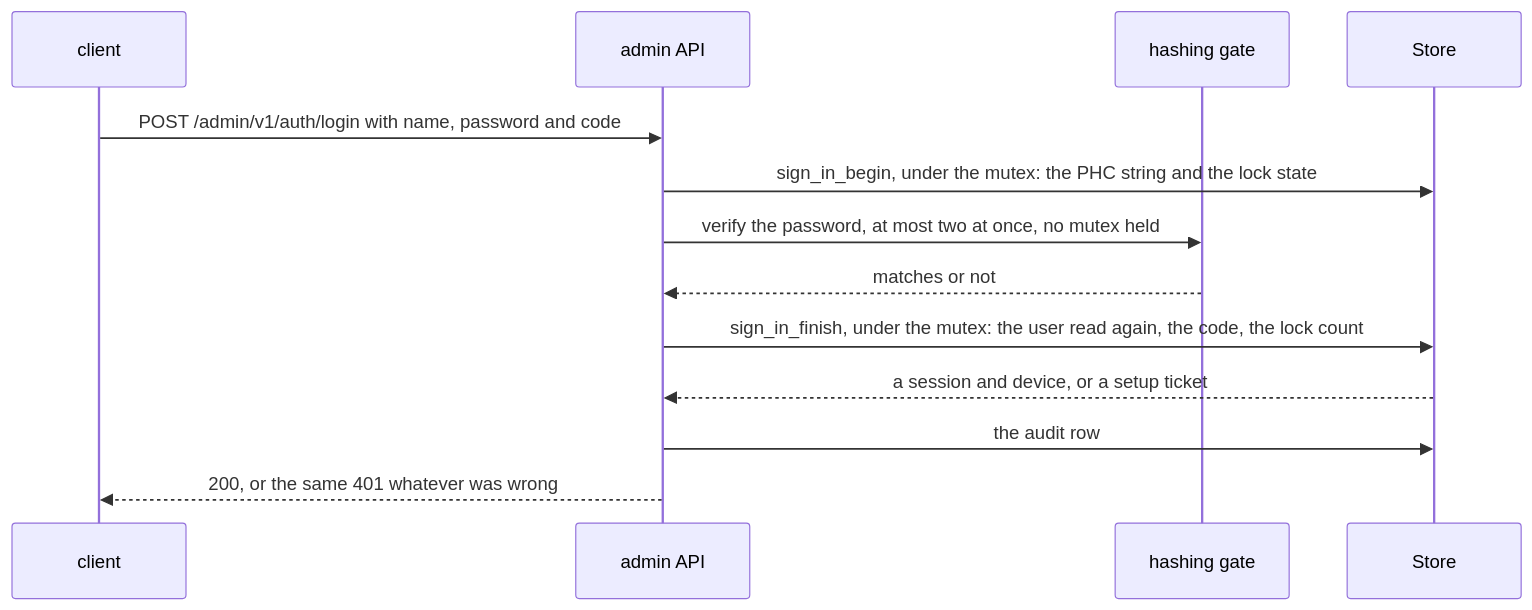
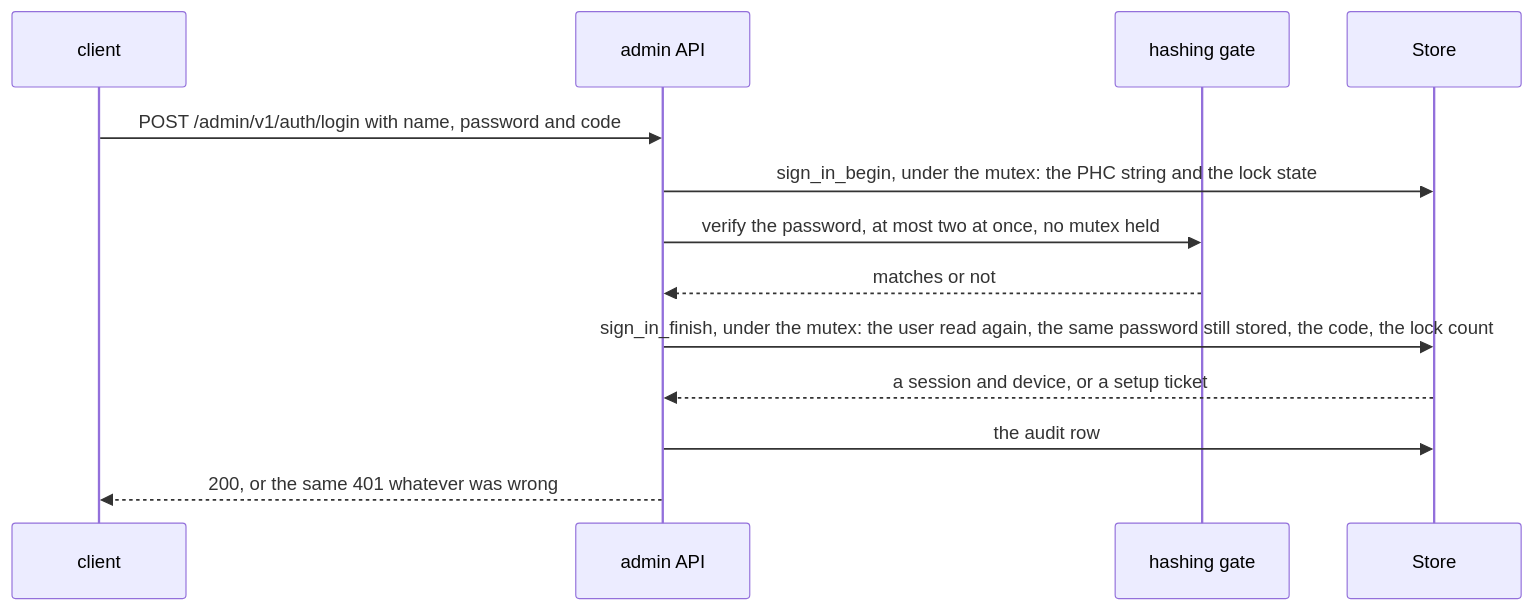
Before and after one commit to joelee/joedocs-mcp: the third of 5 diagrams in docs/architecture.md, drawn with Mermaid. The commit also changed other lines of this file and 5 other files, not shown here.

````diff
--- a/docs/architecture.md
+++ b/docs/architecture.md
@@ -89,15 +89,15 @@
 ```mermaid
 sequenceDiagram
     participant C as client
     participant A as admin API
     participant G as hashing gate
     participant S as Store
     C->>A: POST /admin/v1/auth/login with name, password and code
     A->>S: sign_in_begin, under the mutex: the PHC string and the lock state
     A->>G: verify the password, at most two at once, no mutex held
     G-->>A: matches or not
-    A->>S: sign_in_finish, under the mutex: the user read again, the code, the lock count
+    A->>S: sign_in_finish, under the mutex: the user read again, the same password still stored, the code, the lock count
     S-->>A: a session and device, or a setup ticket
     A->>S: the audit row
     A-->>C: 200, or the same 401 whatever was wrong
 ```
````
